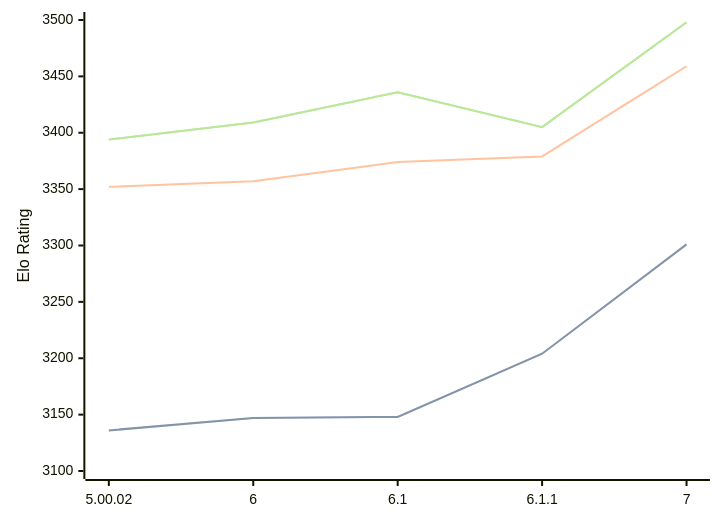
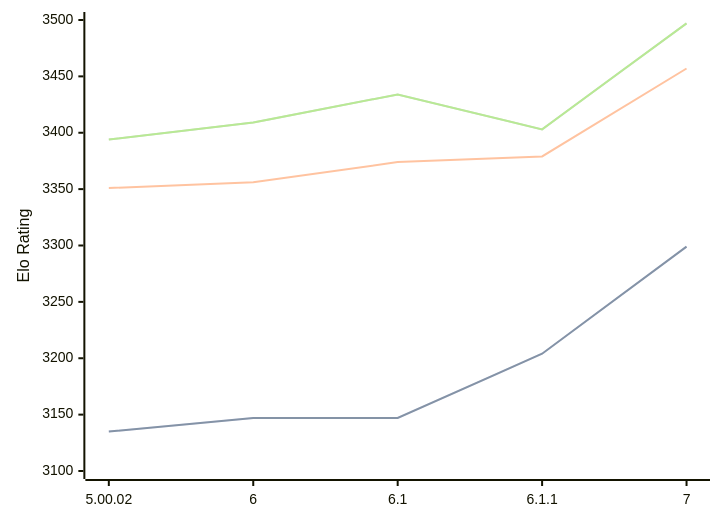
One commit to computer-chess-index/cci changed the diagram in engines/Zangdar.md. Above: the diagram before and after it, drawn with Mermaid. The commit also changed other lines of this file, not shown here.

Commit message:
Update CCI Ratings (ELO VLTC) - 2026-09-01

````diff
--- a/engines/Zangdar.md
+++ b/engines/Zangdar.md
@@ -35,11 +35,11 @@
 ```mermaid
 %%{init: {"theme":"base","themeVariables":{"seriesColors:['#a3a3a3','#222221','#faa371']}}}%%
 xychart-beta
   x-axis ["5.00.02", "6", "6.1", "6.1.1", "7"]
   y-axis "Elo Rating" 3100 --> 3500
-  line "" [3136, 3147, 3148, 3204, 3301]
-  line "STC (8.0+0.08s)" [3136, 3147, 3148, 3204, 3301]
-  line "LTC (60.0+0.60s)" [3352, 3357, 3374, 3379, 3459]
-  line "" [3394, 3409, 3436, 3405, 3498]
-  line "VLTC (2m24s+1.12s)" [3394, 3409, 3436, 3405, 3498]
+  line "" [3135, 3147, 3147, 3204, 3299]
+  line "STC (8.0+0.08s)" [3135, 3147, 3147, 3204, 3299]
+  line "LTC (60.0+0.60s)" [3351, 3356, 3374, 3379, 3457]
+  line "" [3394, 3409, 3434, 3403, 3497]
+  line "VLTC (2m24s+1.12s)" [3394, 3409, 3434, 3403, 3497]
 ```
````
